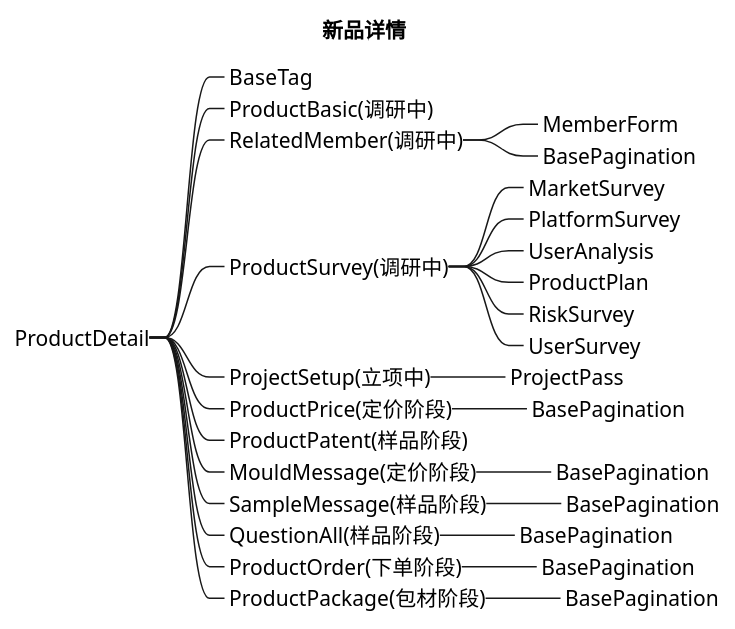
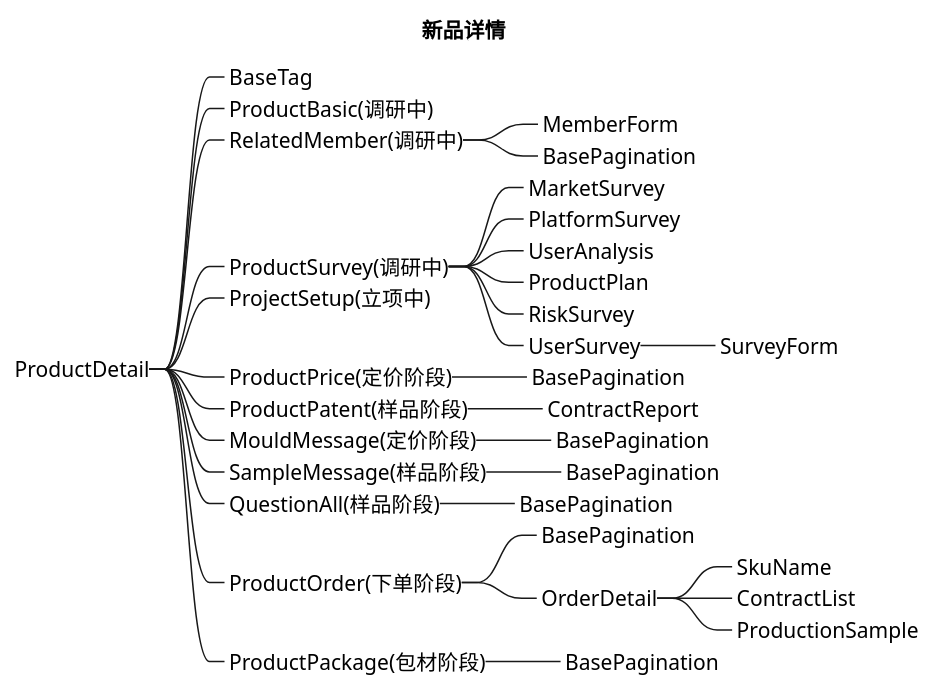
Before and after one commit to futurekidult/product: the second of 2 diagrams in docs/diagram/product/product.puml, drawn with PlantUML. The commit also changed 23 other files, not shown here.

Commit message:
feat(product): add survey form validate

```diff
--- a/docs/diagram/product/product.puml
+++ b/docs/diagram/product/product.puml
@@ -11,33 +11,38 @@
 @startmindmap
 title 新品详情
 
 +_ ProductDetail
 ++_ BaseTag
 ++_ ProductBasic(调研中)
 ++_ RelatedMember(调研中)
 +++_ MemberForm
 +++_ BasePagination
 ++_ ProductSurvey(调研中)
 +++_ MarketSurvey
 +++_ PlatformSurvey
 +++_ UserAnalysis
 +++_ ProductPlan
 +++_ RiskSurvey
 +++_ UserSurvey
+++++_ SurveyForm
 ++_ ProjectSetup(立项中)
-+++_ ProjectPass
 ++_ ProductPrice(定价阶段)
 +++_ BasePagination
 ++_ ProductPatent(样品阶段)
++++_ ContractReport
 ++_ MouldMessage(定价阶段)
 +++_ BasePagination
 ++_ SampleMessage(样品阶段)
 +++_ BasePagination
 ++_ QuestionAll(样品阶段)
 +++_ BasePagination
 ++_ ProductOrder(下单阶段)
 +++_ BasePagination
++++_ OrderDetail
+++++_ SkuName
+++++_ ContractList
+++++_ ProductionSample
 ++_ ProductPackage(包材阶段)
 +++_ BasePagination
 
 @endmindmap
```
